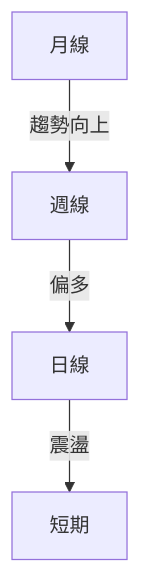
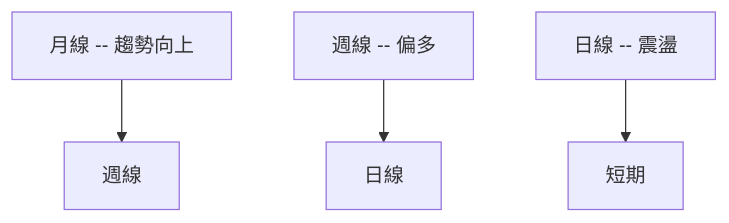
The second of 10 diagrams in ai_gen_report/stock/0050/technical_analysis_2026-04-06_openai.md (yennanliu/finance_data), drawn with Mermaid before and after one commit. The commit also changed other lines of this file and 2258 other files, not shown here.

First line of the commit message:
chore: backfill Mermaid syntax repair across existing reports

````diff
--- a/ai_gen_report/stock/0050/technical_analysis_2026-04-06_openai.md
+++ b/ai_gen_report/stock/0050/technical_analysis_2026-04-06_openai.md
@@ -90,6 +90,6 @@
 ```mermaid
 graph TD
-    月線 -- 趨勢向上 --> 週線
-    週線 -- 偏多 --> 日線
-    日線 -- 震盪 --> 短期
+    nb1["月線 -- 趨勢向上"] --> 週線
+    nb2["週線 -- 偏多"] --> 日線
+    nb3["日線 -- 震盪"] --> 短期
 ```
````
